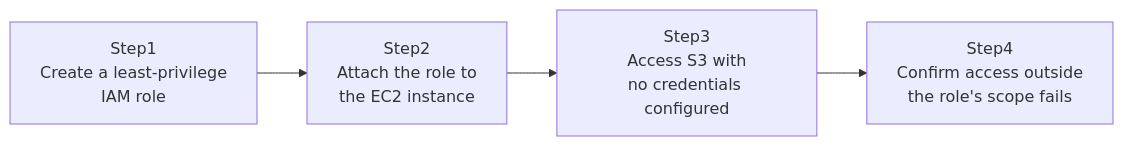
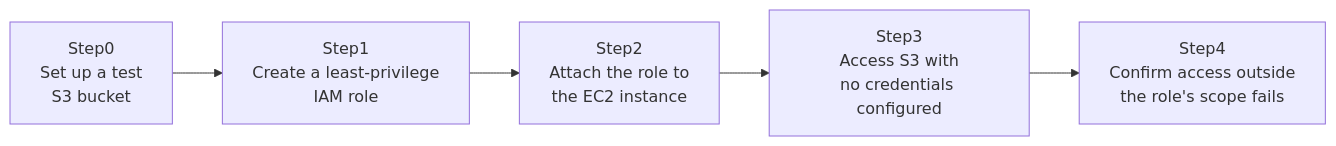
One commit to koikoi1998/koikoi-blog-20260723 changed the diagram in src/content/articles-en/aws-iam-role-handson-guide.md. Above: the diagram before and after it, drawn with Mermaid. The commit also changed other lines of this file and 11 other files, not shown here.

````diff
--- a/src/content/articles-en/aws-iam-role-handson-guide.md
+++ b/src/content/articles-en/aws-iam-role-handson-guide.md
@@ -32,8 +33,9 @@
 ```mermaid
 graph LR
+    Step0["Step0<br/>Set up a test<br/>S3 bucket"]
     Step1["Step1<br/>Create a least-privilege<br/>IAM role"]
     Step2["Step2<br/>Attach the role to<br/>the EC2 instance"]
     Step3["Step3<br/>Access S3 with<br/>no credentials configured"]
     Step4["Step4<br/>Confirm access outside<br/>the role's scope fails"]
-    Step1 --> Step2 --> Step3 --> Step4
+    Step0 --> Step1 --> Step2 --> Step3 --> Step4
 ```
````
